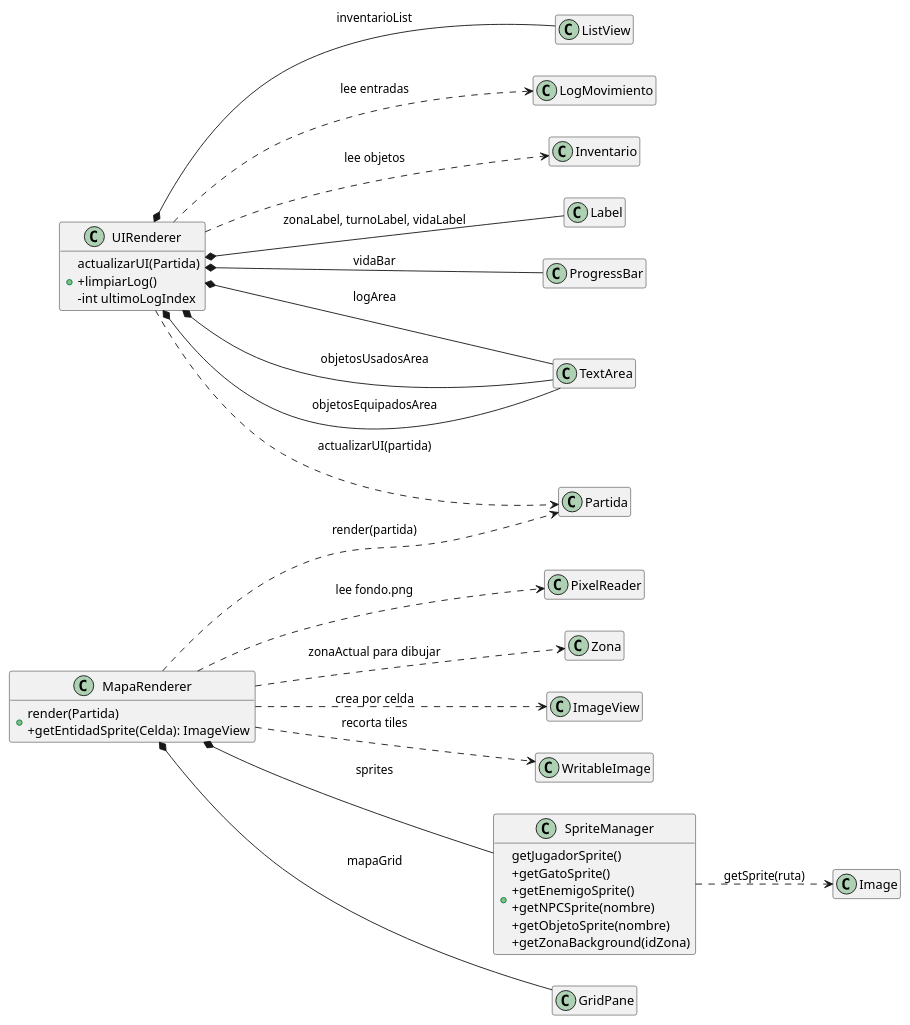
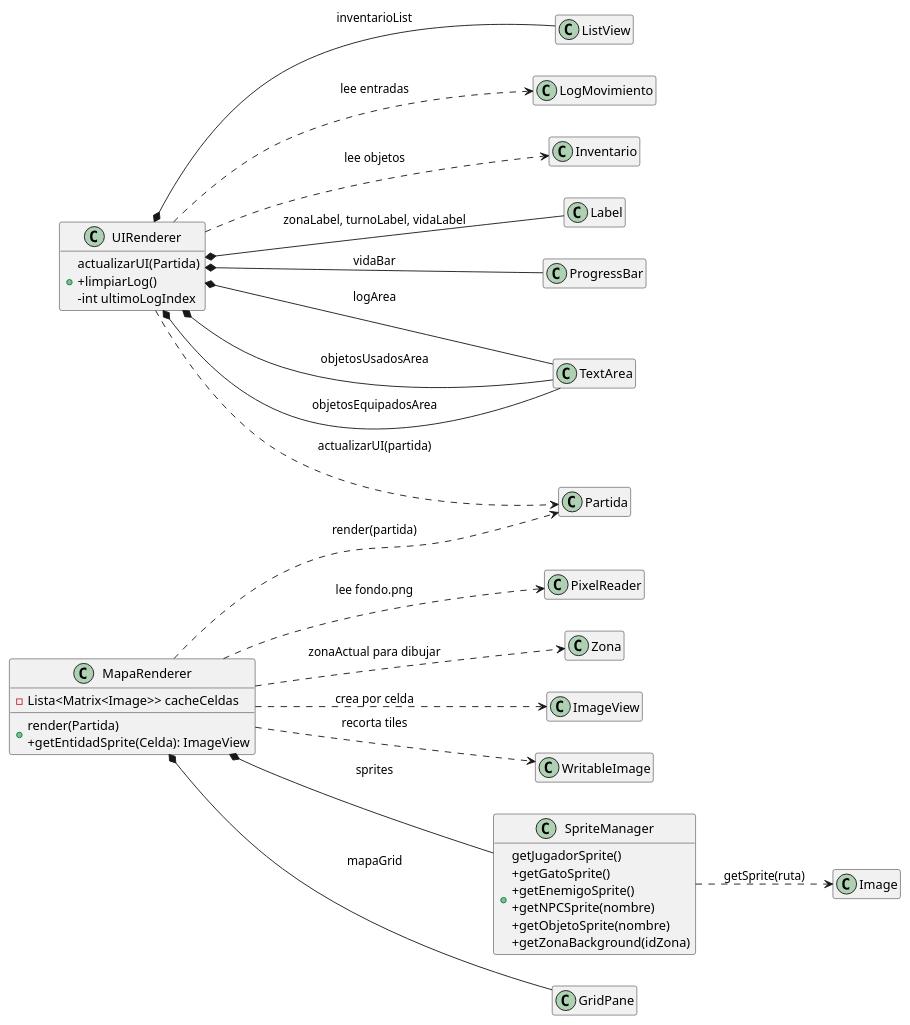
Before and after one commit to isagonz3/JuegoPracticaFinal: the diagram in UMLs/clases_vista.puml, drawn with PlantUML. The commit also changed 9 other files, not shown here.

```diff
--- a/UMLs/clases_vista.puml
+++ b/UMLs/clases_vista.puml
@@ -1,33 +1,34 @@
 @startuml
 'https://plantuml.com/class-diagram
 left to right direction
 hide empty members
 
 
 class MapaRenderer
 class UIRenderer
 class SpriteManager
 
 MapaRenderer *-- GridPane : mapaGrid
 MapaRenderer *-- SpriteManager : sprites
 MapaRenderer ..> Partida : render(partida)
 MapaRenderer ..> Zona : zonaActual para dibujar
 MapaRenderer ..> ImageView : crea por celda
 MapaRenderer ..> WritableImage : recorta tiles
 MapaRenderer ..> PixelReader : lee fondo.png
 MapaRenderer : +render(Partida)\n+getEntidadSprite(Celda): ImageView
+MapaRenderer : -Lista<Matrix<Image>> cacheCeldas
 
 UIRenderer *-- Label : zonaLabel, turnoLabel, vidaLabel
 UIRenderer *-- ProgressBar : vidaBar
 UIRenderer *-- TextArea : logArea
 UIRenderer *-- ListView : inventarioList
 UIRenderer *-- TextArea : objetosUsadosArea
 UIRenderer *-- TextArea : objetosEquipadosArea
 UIRenderer ..> Partida : actualizarUI(partida)
 UIRenderer ..> LogMovimiento : lee entradas
 UIRenderer ..> Inventario : lee objetos
 UIRenderer : +actualizarUI(Partida)\n+limpiarLog()\n-int ultimoLogIndex
 
 SpriteManager ..> Image : getSprite(ruta)
 SpriteManager : +getJugadorSprite()\n+getGatoSprite()\n+getEnemigoSprite()\n+getNPCSprite(nombre)\n+getObjetoSprite(nombre)\n+getZonaBackground(idZona)
 @enduml
```
